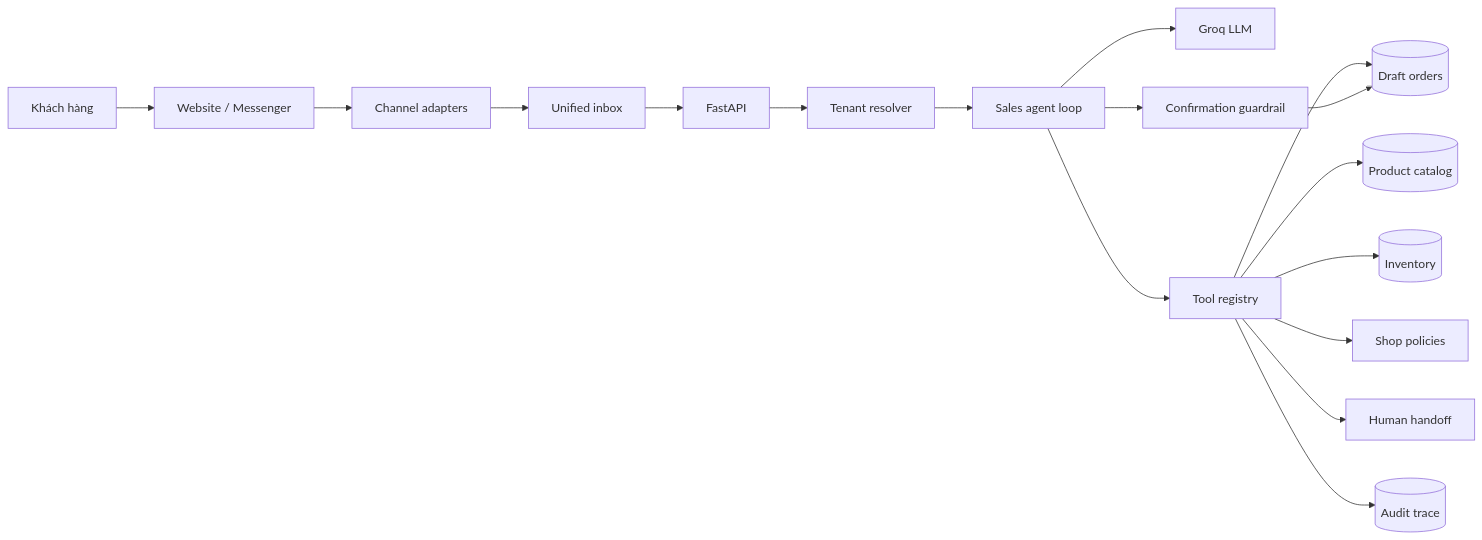
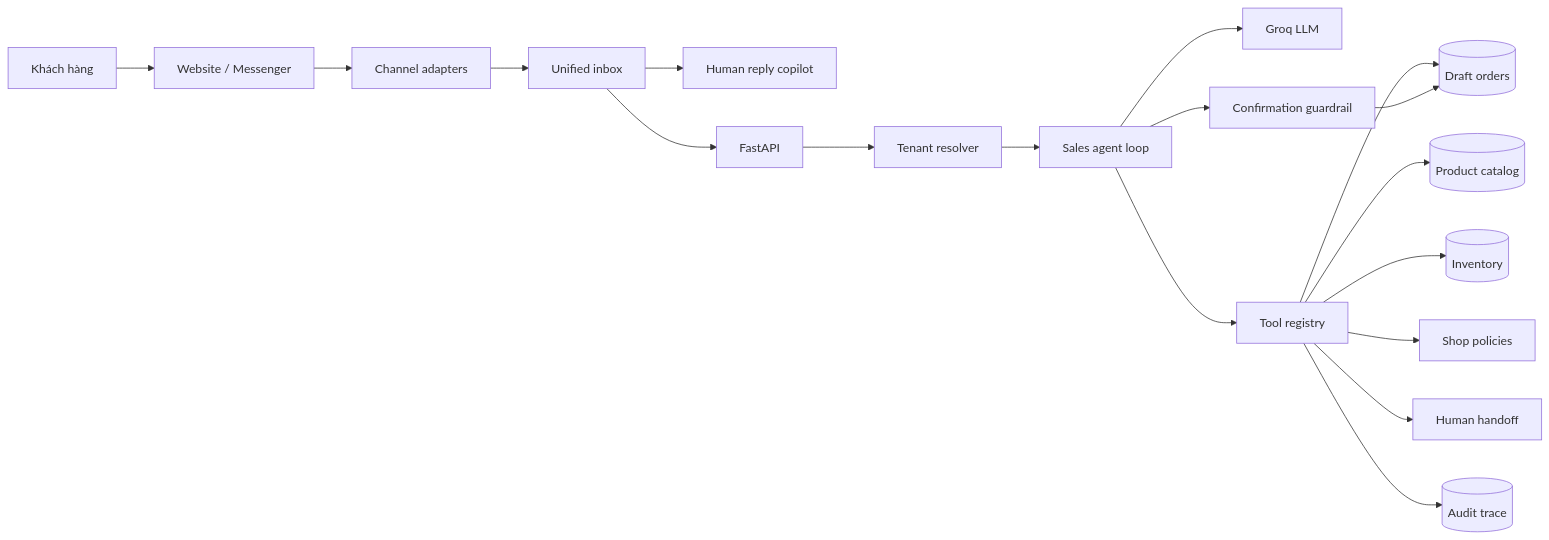
Before and after one commit to nganduong-123/shoppilot-ai: the diagram in docs/ARCHITECTURE.md, drawn with Mermaid. The commit also changed other lines of this file and 19 other files, not shown here.

Commit message:
feat: add grounded human reply copilot

````diff
--- a/docs/ARCHITECTURE.md
+++ b/docs/ARCHITECTURE.md
@@ -5,19 +5,20 @@
 ```mermaid
 flowchart LR
     U[Khách hàng] --> C[Website / Messenger]
     C --> AD[Channel adapters]
     AD --> IB[Unified inbox]
+    IB --> CP[Human reply copilot]
     IB --> API[FastAPI]
     API --> TR[Tenant resolver]
     TR --> AG[Sales agent loop]
     AG --> LLM[Groq LLM]
     AG --> GD[Confirmation guardrail]
     AG --> TL[Tool registry]
     TL --> P[(Product catalog)]
     TL --> I[(Inventory)]
     TL --> O[(Draft orders)]
     TL --> K[Shop policies]
     TL --> H[Human handoff]
     TL --> T[(Audit trace)]
     GD --> O
 ```
````
